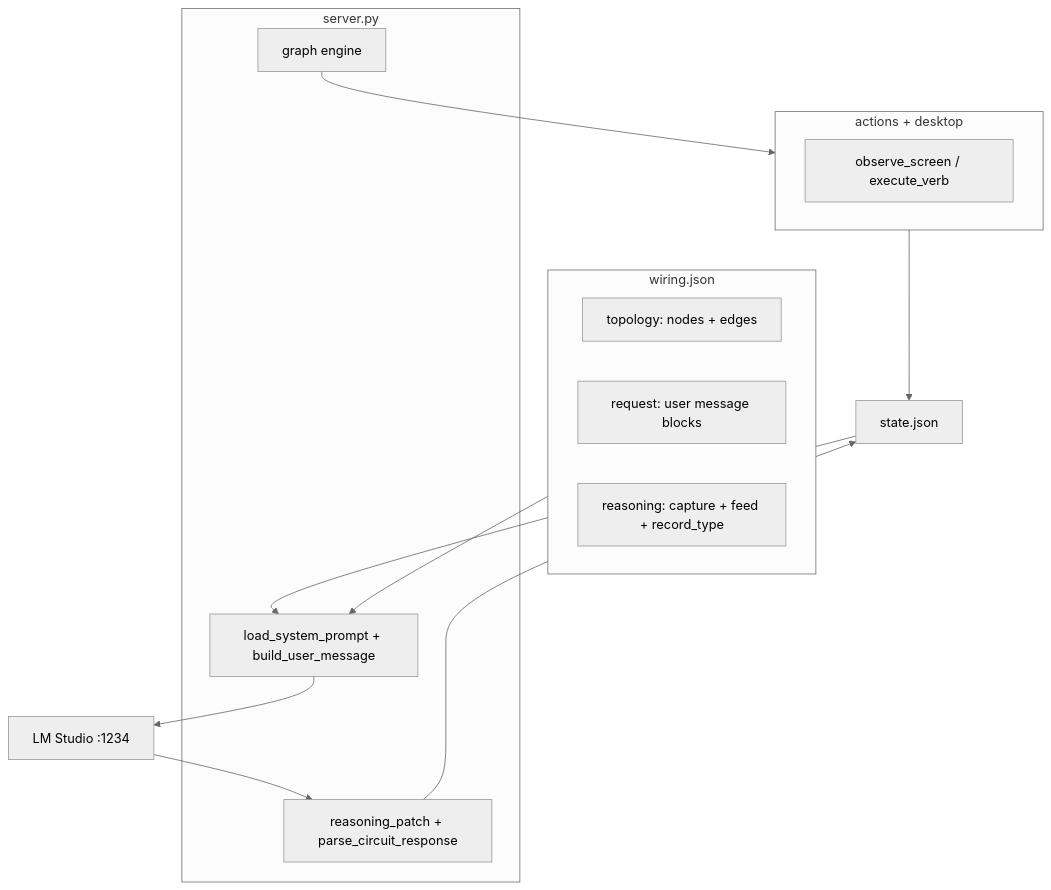
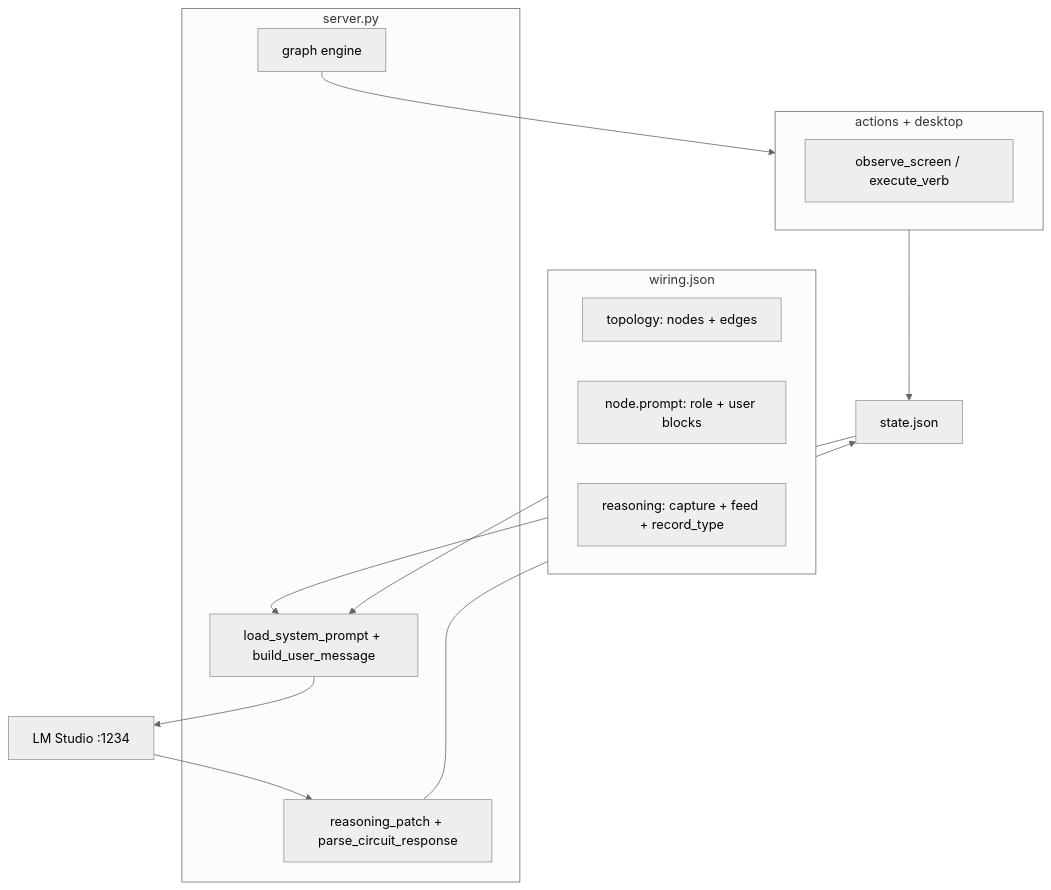
The first of 2 diagrams in README.md (wgabrys88/endgame-ai), drawn with Mermaid (neutral theme) before and after one commit. The commit also changed other lines of this file and 3 other files, not shown here.

Commit message:
feat: wire prompts to topology nodes — drop request and node_circuits

````diff
--- a/README.md
+++ b/README.md
@@ -101,20 +101,20 @@
 ```mermaid
 flowchart TB
   subgraph brain ["wiring.json"]
     TOPO["topology: nodes + edges"]
-    REQ["request: user message blocks"]
+    NP["node.prompt: role + user blocks"]
     REAS["reasoning: capture + feed + record_type"]
   end
   subgraph body ["server.py"]
     ENG["graph engine"]
     ASM["load_system_prompt + build_user_message"]
     CAP["reasoning_patch + parse_circuit_response"]
   end
   subgraph muscles ["actions + desktop"]
     UIA["observe_screen / execute_verb"]
   end
   brain --> ASM --> LLM["LM Studio :1234"]
   LLM --> CAP --> ST["state.json"]
   ENG --> muscles --> ST
   ST --> ASM
 ```
````
